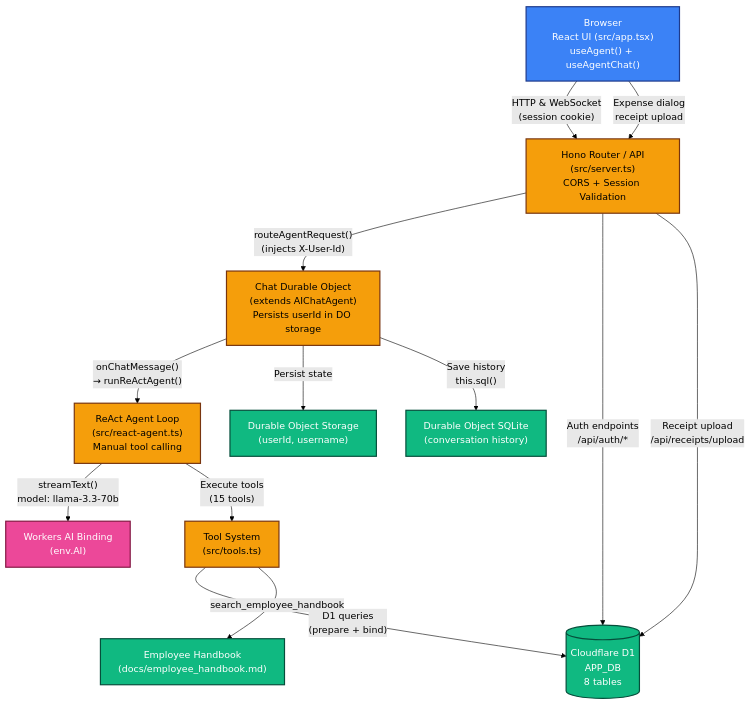
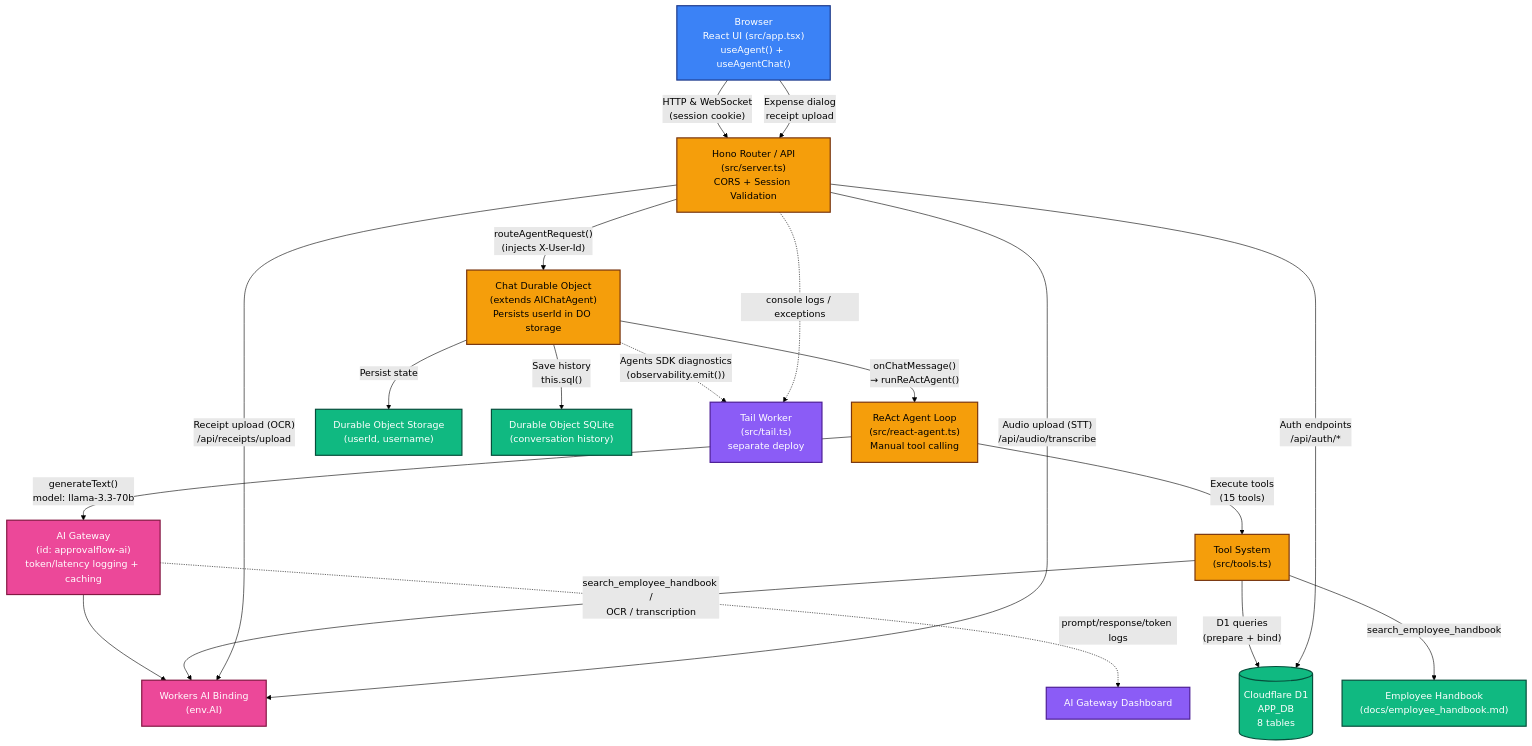
One commit to RamyaLakshmiKS/cf_ai_approvalflow-ai changed the first of 9 diagrams in docs/ARCHITECTURE.md. Above: the diagram before and after it, drawn with Mermaid (forest theme). The commit also changed other lines of this file and 1 other file, not shown here.

````diff
--- a/docs/ARCHITECTURE.md
+++ b/docs/ARCHITECTURE.md
@@ -384,35 +409,45 @@
 ```mermaid
 flowchart TB
   Browser["Browser<br/>React UI (src/app.tsx)<br/>useAgent() + useAgentChat()"]
   Browser -->|"HTTP & WebSocket<br/>(session cookie)"| Router["Hono Router / API<br/>(src/server.ts)<br/>CORS + Session Validation"]
 
   Router -->|"routeAgentRequest()<br/>(injects X-User-Id)"| ChatDO["Chat Durable Object<br/>(extends AIChatAgent)<br/>Persists userId in DO storage"]
 
   ChatDO -->|"onChatMessage()<br/>→ runReActAgent()"| ReAct["ReAct Agent Loop<br/>(src/react-agent.ts)<br/>Manual tool calling"]
 
-  ReAct -->|"streamText()<br/>model: llama-3.3-70b"| AI["Workers AI Binding<br/>(env.AI)"]
+  ReAct -->|"generateText()<br/>model: llama-3.3-70b"| Gateway["AI Gateway<br/>(id: approvalflow-ai)<br/>token/latency logging + caching"]
+  Gateway --> AI["Workers AI Binding<br/>(env.AI)"]
 
   ReAct -->|"Execute tools<br/>(15 tools)"| Tools["Tool System<br/>(src/tools.ts)"]
 
   Tools -->|"D1 queries<br/>(prepare + bind)"| D1[("Cloudflare D1<br/>APP_DB<br/>8 tables")]
 
+  Tools -->|"search_employee_handbook /<br/>OCR / transcription"| AI
+
   Tools -->|"search_employee_handbook"| Handbook["Employee Handbook<br/>(docs/employee_handbook.md)"]
 
   Router -->|"Auth endpoints<br/>/api/auth/*"| D1
-  Router -->|"Receipt upload<br/>/api/receipts/upload"| D1
+  Router -->|"Receipt upload (OCR)<br/>/api/receipts/upload"| AI
+  Router -->|"Audio upload (STT)<br/>/api/audio/transcribe"| AI
 
   ChatDO -->|"Persist state"| DOStorage["Durable Object Storage<br/>(userId, username)"]
   ChatDO -->|"Save history<br/>this.sql()"| DOSQLite["Durable Object SQLite<br/>(conversation history)"]
 
   Browser -->|"Expense dialog<br/>receipt upload"| Router
 
+  ChatDO -.->|"Agents SDK diagnostics<br/>(observability.emit())"| TailWorker["Tail Worker<br/>(src/tail.ts)<br/>separate deploy"]
+  Router -.->|"console logs / exceptions"| TailWorker
+  Gateway -.->|"prompt/response/token logs"| GatewayDash["AI Gateway Dashboard"]
+
   classDef frontend fill:#3b82f6,stroke:#1e3a8a,stroke-width:2px,color:#fff;
   classDef backend fill:#f59e0b,stroke:#78350f,stroke-width:2px,color:#000;
   classDef storage fill:#10b981,stroke:#064e3b,stroke-width:2px,color:#fff;
   classDef ai fill:#ec4899,stroke:#831843,stroke-width:2px,color:#fff;
+  classDef obs fill:#8b5cf6,stroke:#4c1d95,stroke-width:2px,color:#fff;
 
   class Browser frontend;
   class Router,ChatDO,ReAct,Tools backend;
   class D1,DOStorage,DOSQLite,Handbook storage;
-  class AI ai;
+  class AI,Gateway ai;
+  class TailWorker,GatewayDash obs;
 ```
````
